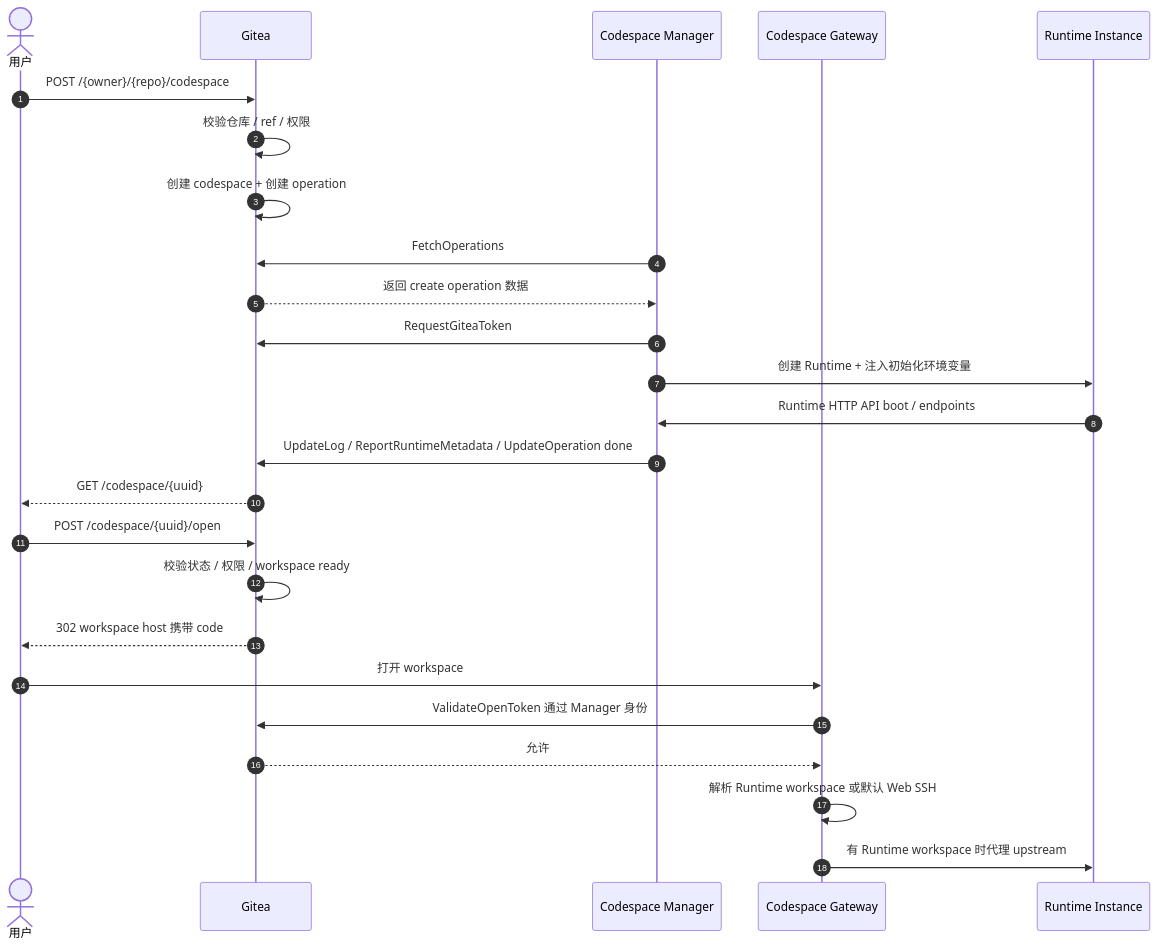
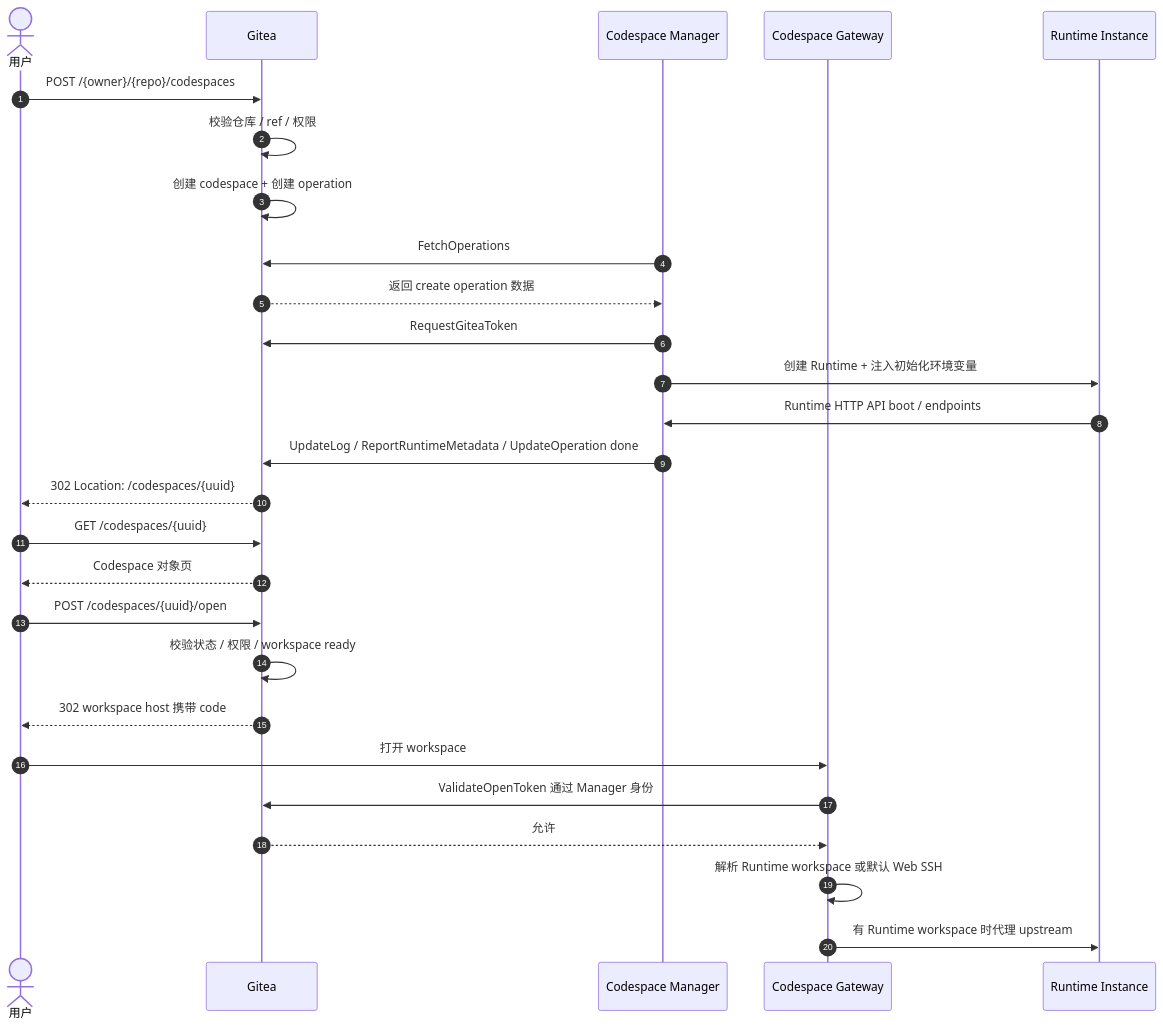
The second of 2 diagrams in src/README.md (ExplodingDragon/gitea-dev), drawn with Mermaid before and after one commit. The commit also changed other lines of this file and 9 other files, not shown here.

````diff
--- a/src/README.md
+++ b/src/README.md
@@ -87,29 +87,31 @@
 ```mermaid
 sequenceDiagram
     autonumber
     actor User as 用户
     participant Gitea
     participant Manager as Codespace Manager
     participant Gateway as Codespace Gateway
     participant Runtime as Runtime Instance
 
-    User->>Gitea: POST /{owner}/{repo}/codespace
+    User->>Gitea: POST /{owner}/{repo}/codespaces
     Gitea->>Gitea: 校验仓库 / ref / 权限
     Gitea->>Gitea: 创建 codespace + 创建 operation
     Manager->>Gitea: FetchOperations
     Gitea-->>Manager: 返回 create operation 数据
     Manager->>Gitea: RequestGiteaToken
     Manager->>Runtime: 创建 Runtime + 注入初始化环境变量
     Runtime->>Manager: Runtime HTTP API boot / endpoints
     Manager->>Gitea: UpdateLog / ReportRuntimeMetadata / UpdateOperation done
-    Gitea-->>User: GET /codespace/{uuid}
+    Gitea-->>User: 302 Location: /codespaces/{uuid}
+    User->>Gitea: GET /codespaces/{uuid}
+    Gitea-->>User: Codespace 对象页
 
-    User->>Gitea: POST /codespace/{uuid}/open
+    User->>Gitea: POST /codespaces/{uuid}/open
     Gitea->>Gitea: 校验状态 / 权限 / workspace ready
     Gitea-->>User: 302 workspace host 携带 code
     User->>Gateway: 打开 workspace
     Gateway->>Gitea: ValidateOpenToken 通过 Manager 身份
     Gitea-->>Gateway: 允许
     Gateway->>Gateway: 解析 Runtime workspace 或默认 Web SSH
     Gateway->>Runtime: 有 Runtime workspace 时代理 upstream
 ```
````
